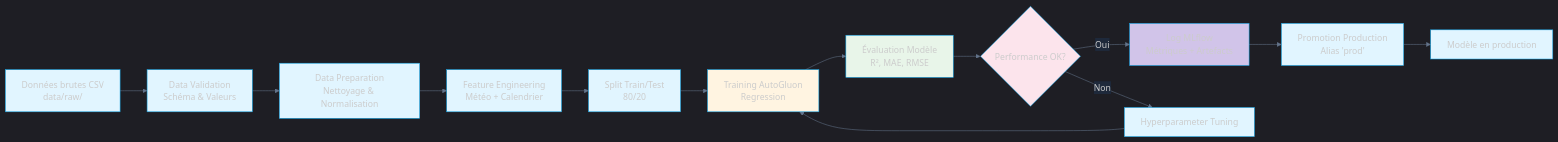
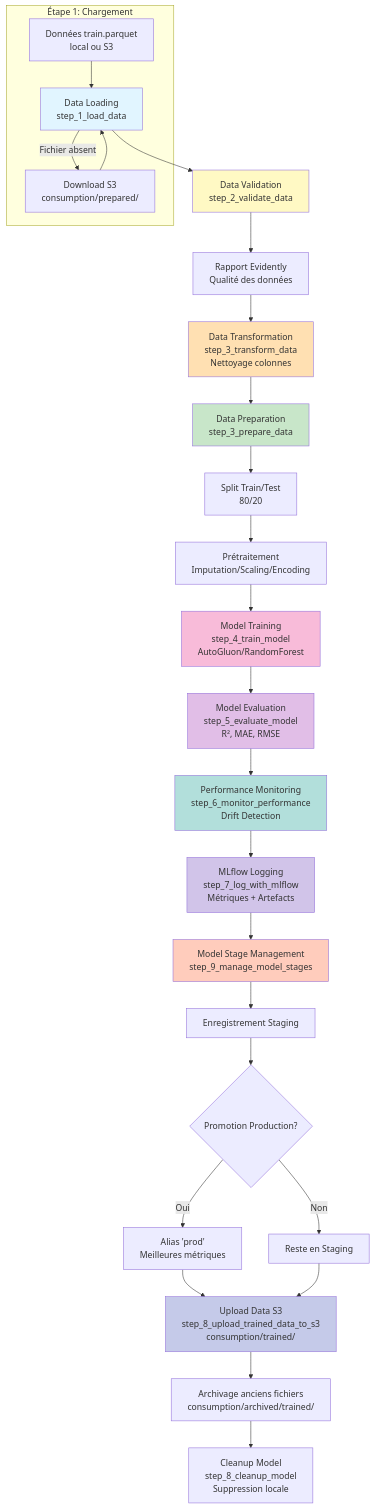
The second of 2 diagrams in Services/docsify/docs/pipeline-entrainement.md (jinsudai/jinsudai), drawn with Mermaid before and after one commit. The commit also changed other lines of this file and 19 other files, not shown here.

````diff
--- a/Services/docsify/docs/pipeline-entrainement.md
+++ b/Services/docsify/docs/pipeline-entrainement.md
@@ -69,22 +23,49 @@
 ```mermaid
-%%{init: {'theme': 'dark', 'themeVariables': {'primaryColor': '#e1f5ff', 'primaryTextColor': '#1e293b', 'primaryBorderColor': '#0ea5e9', 'lineColor': '#64748b', 'secondaryColor': '#fff4e1', 'tertiaryColor': '#fce4ec', 'background': '#1e293b', 'mainBkg': '#e1f5ff', 'nodeBorder': '#0ea5e9', 'clusterBkg': '#334155', 'clusterBorder': '#475569', 'titleColor': '#f8fafc', 'edgeLabelBackground': '#1e293b'}}}%%
-graph LR
-    A[Données brutes CSV<br/>data/raw/] --> B[Data Validation<br/>Schéma & Valeurs]
-    B --> C[Data Preparation<br/>Nettoyage & Normalisation]
-    C --> D[Feature Engineering<br/>Météo + Calendrier]
-    D --> E[Split Train/Test<br/>80/20]
-    E --> F[Training AutoGluon<br/>Regression]
-    F --> G[Évaluation Modèle<br/>R², MAE, RMSE]
-    G --> H{Performance OK?}
-    H -->|Oui| I[Log MLflow<br/>Métriques + Artefacts]
-    H -->|Non| J[Hyperparameter Tuning]
-    J --> F
-    I --> K[Promotion Production<br/>Alias 'prod']
-    K --> L[Modèle en production]
-    
+graph TD
+    subgraph "Étape 1: Chargement"
+        A[Données train.parquet<br/>local ou S3] --> B[Data Loading<br/>step_1_load_data]
+        B -->|Fichier absent| C[Download S3<br/>consumption/prepared/]
+        C --> B
+    end
+
+    B --> D[Data Validation<br/>step_2_validate_data]
+    D --> E[Rapport Evidently<br/>Qualité des données]
+
+    E --> F[Data Transformation<br/>step_3_transform_data<br/>Nettoyage colonnes]
+
+    F --> G[Data Preparation<br/>step_3_prepare_data]
+    G --> G1[Split Train/Test<br/>80/20]
+    G1 --> G2[Prétraitement<br/>Imputation/Scaling/Encoding]
+
+    G2 --> H[Model Training<br/>step_4_train_model<br/>AutoGluon/RandomForest]
+
+    H --> I[Model Evaluation<br/>step_5_evaluate_model<br/>R², MAE, RMSE]
+
+    I --> J[Performance Monitoring<br/>step_6_monitor_performance<br/>Drift Detection]
+
+    J --> K[MLflow Logging<br/>step_7_log_with_mlflow<br/>Métriques + Artefacts]
+
+    K --> L[Model Stage Management<br/>step_9_manage_model_stages]
+    L --> L1[Enregistrement Staging]
+    L1 --> L2{Promotion Production?}
+    L2 -->|Oui| L3[Alias 'prod'<br/>Meilleures métriques]
+    L2 -->|Non| L4[Reste en Staging]
+
+    L3 --> M[Upload Data S3<br/>step_8_upload_trained_data_to_s3<br/>consumption/trained/]
+    M --> M1[Archivage anciens fichiers<br/>consumption/archived/trained/]
+
+    L4 --> M
+
+    M1 --> N[Cleanup Model<br/>step_8_cleanup_model<br/>Suppression locale]
+
     style B fill:#e1f5ff
-    style F fill:#fff4e1
-    style G fill:#e8f5e9
-    style H fill:#fce4ec
-    style I fill:#d1c4e9
+    style D fill:#fff9c4
+    style F fill:#ffe0b2
+    style G fill:#c8e6c9
+    style H fill:#f8bbd9
+    style I fill:#e1bee7
+    style J fill:#b2dfdb
+    style K fill:#d1c4e9
+    style L fill:#ffccbc
+    style M fill:#c5cae9
 ```
````
